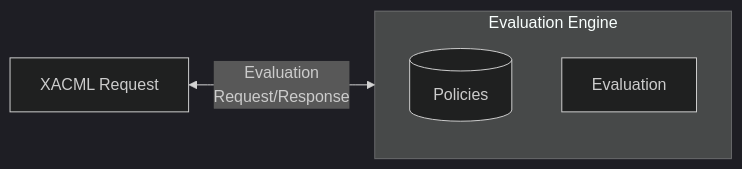
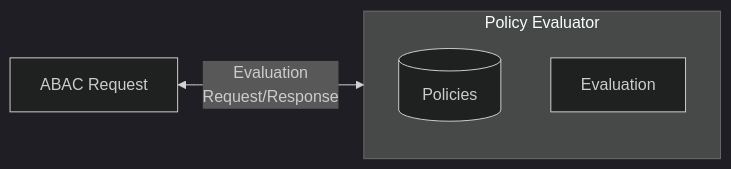
Before and after one commit to timmo-nhn/XcaDocumentSource: the second of 3 diagrams in Docs/AccessControl.md, drawn with Mermaid. The commit also changed other lines of this file, not shown here.

````diff
--- a/Docs/AccessControl.md
+++ b/Docs/AccessControl.md
@@ -53,13 +50,13 @@
 ```mermaid
 %%{init: {'theme':'dark'}}%%
 flowchart LR
 
-subgraph "Evaluation Engine"
+subgraph "Policy Evaluator"
   direction TB
   pol[(&emsp;Policies&emsp;)]
   eval[Evaluation]
 end
 
-req[XACML Request]
+req[ABAC Request]
 req<--Evaluation<br>Request/Response-->eval
 ```
````
